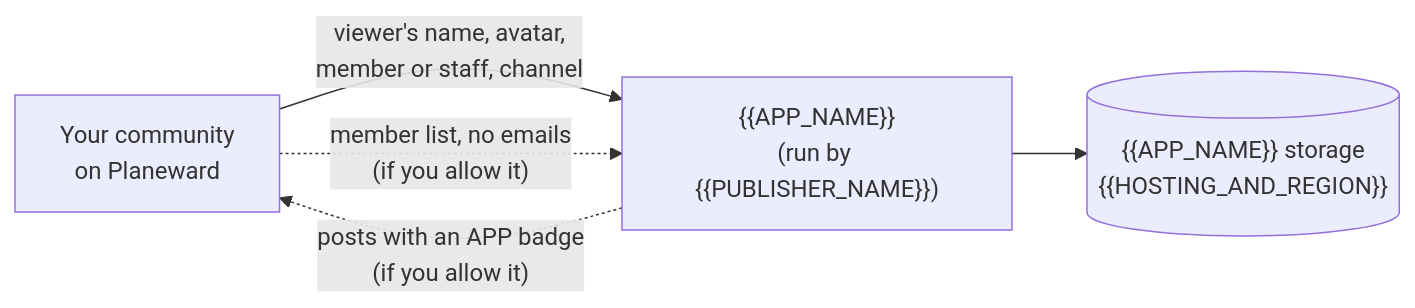
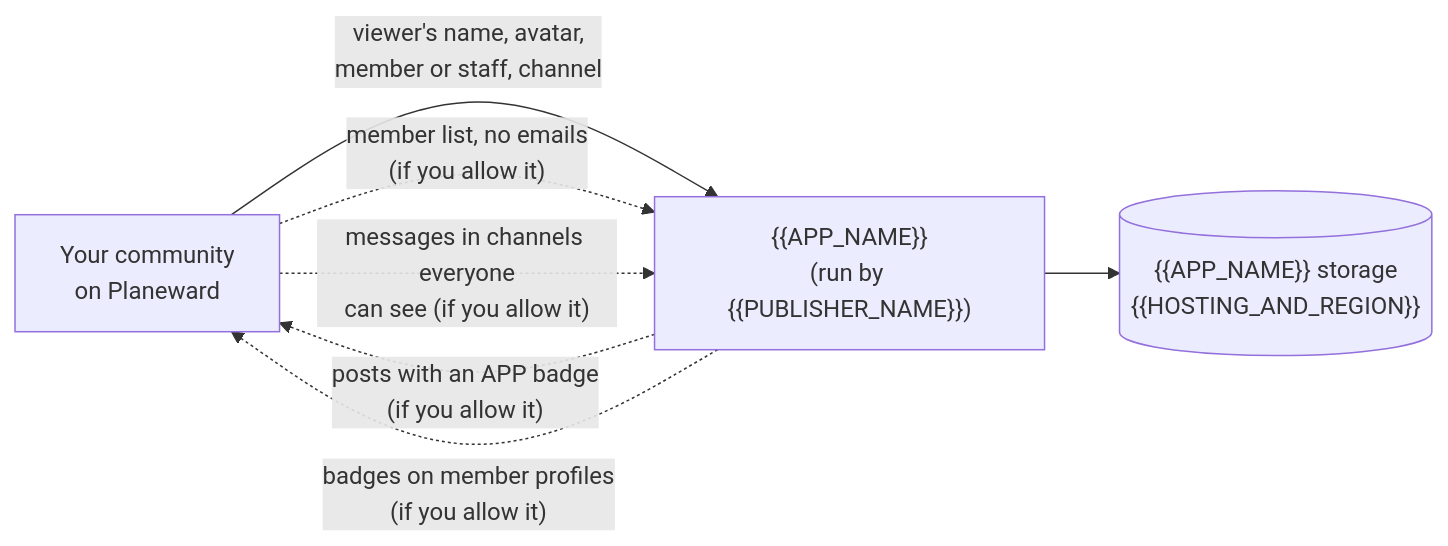
The second of 2 diagrams in docs/for-communities.md (planeward/app-template), drawn with Mermaid before and after one commit. The commit also changed other lines of this file and 23 other files, not shown here.

First line of the commit message:
feat: implement first post badge feature in Planeward community app

````diff
--- a/docs/for-communities.md
+++ b/docs/for-communities.md
@@ -57,10 +59,12 @@
 ```mermaid
 flowchart LR
   community["Your community<br/>on Planeward"]
   app["{{APP_NAME}}<br/>(run by {{PUBLISHER_NAME}})"]
   store[("{{APP_NAME}} storage<br/>{{HOSTING_AND_REGION}}")]
   community -->|"viewer's name, avatar,<br/>member or staff, channel"| app
   community -.->|"member list, no emails<br/>(if you allow it)"| app
+  community -.->|"messages in channels everyone<br/>can see (if you allow it)"| app
   app -.->|"posts with an APP badge<br/>(if you allow it)"| community
+  app -.->|"badges on member profiles<br/>(if you allow it)"| community
   app --> store
 ```
````
